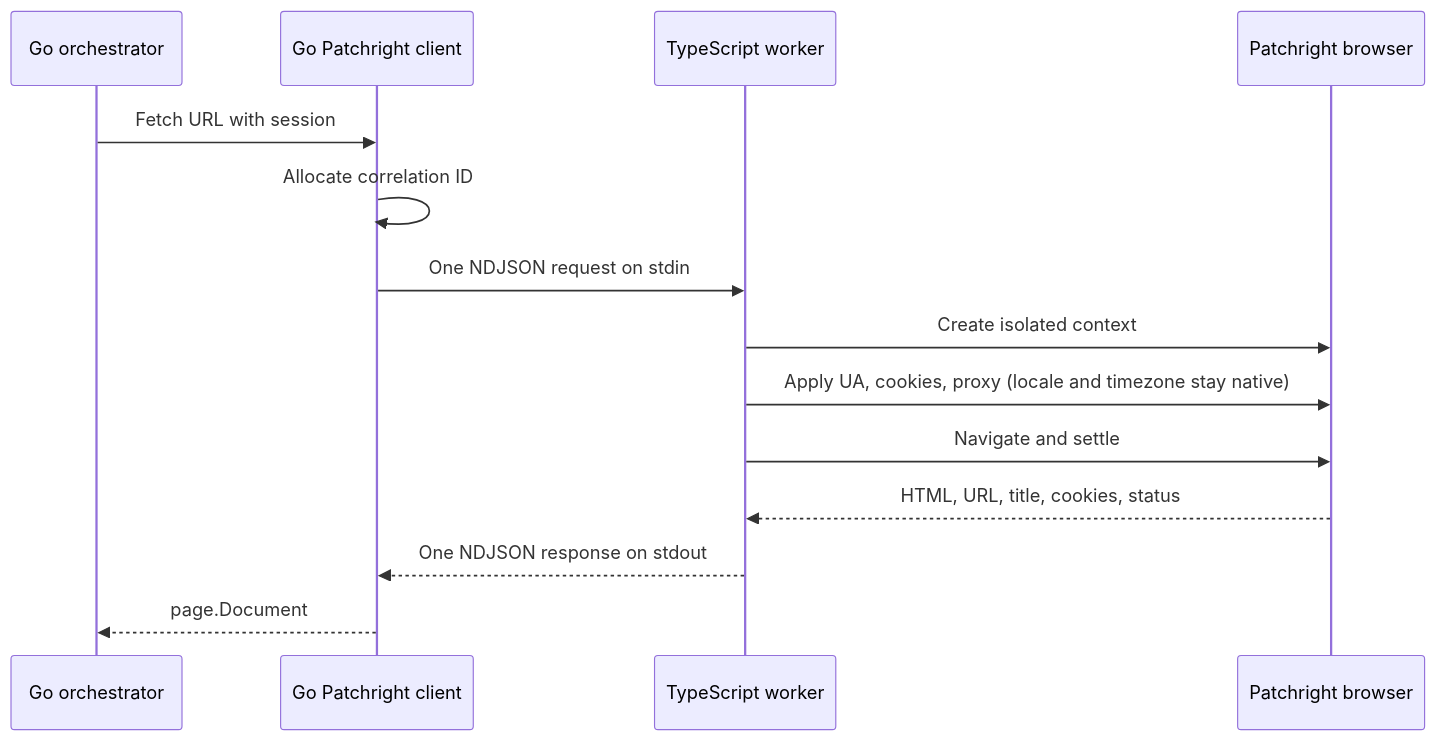
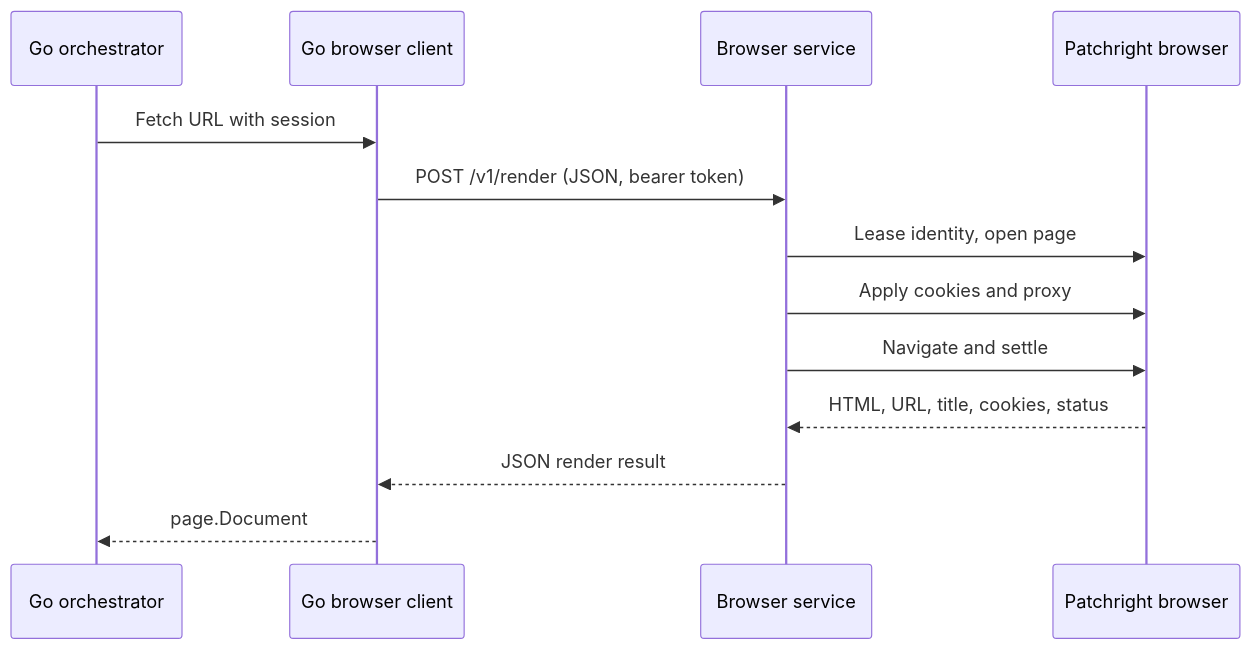
One commit to simonbalfe/pagelode changed the third of 8 diagrams in docs/architecture.md. Above: the diagram before and after it, drawn with Mermaid. The commit also changed other lines of this file and 10 other files, not shown here.

First line of the commit message:
Document the browser service architecture

````diff
--- a/docs/architecture.md
+++ b/docs/architecture.md
@@ -113,17 +113,16 @@
 ```mermaid
 sequenceDiagram
     participant O as Go orchestrator
-    participant C as Go Patchright client
-    participant W as TypeScript worker
+    participant C as Go browser client
+    participant S as Browser service
     participant B as Patchright browser
 
     O->>C: Fetch URL with session
-    C->>C: Allocate correlation ID
-    C->>W: One NDJSON request on stdin
-    W->>B: Create isolated context
-    W->>B: Apply UA, cookies, proxy (locale and timezone stay native)
-    W->>B: Navigate and settle
-    B-->>W: HTML, URL, title, cookies, status
-    W-->>C: One NDJSON response on stdout
+    C->>S: POST /v1/render (JSON, bearer token)
+    S->>B: Lease identity, open page
+    S->>B: Apply cookies and proxy
+    S->>B: Navigate and settle
+    B-->>S: HTML, URL, title, cookies, status
+    S-->>C: JSON render result
     C-->>O: page.Document
 ```
````
